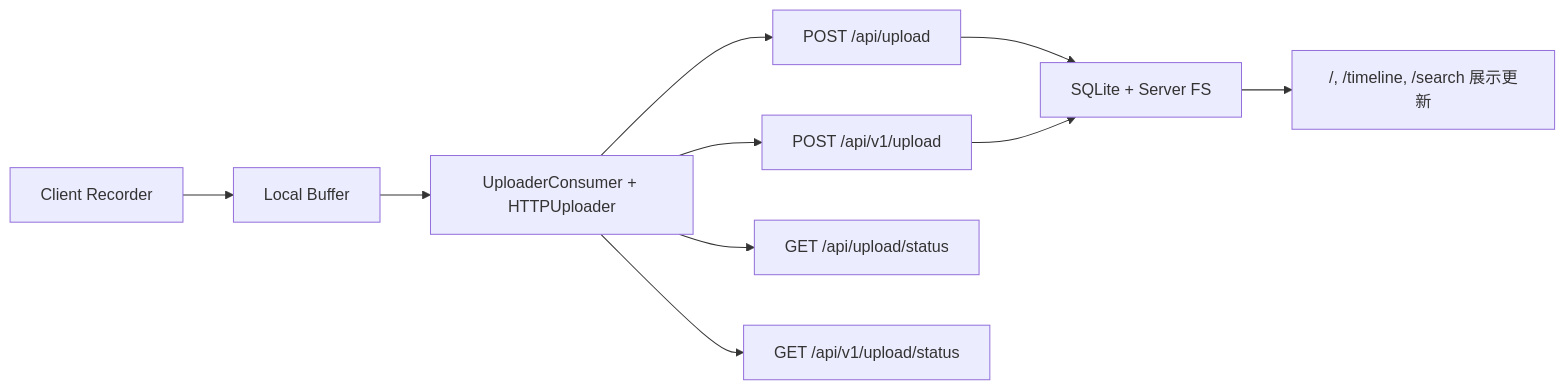
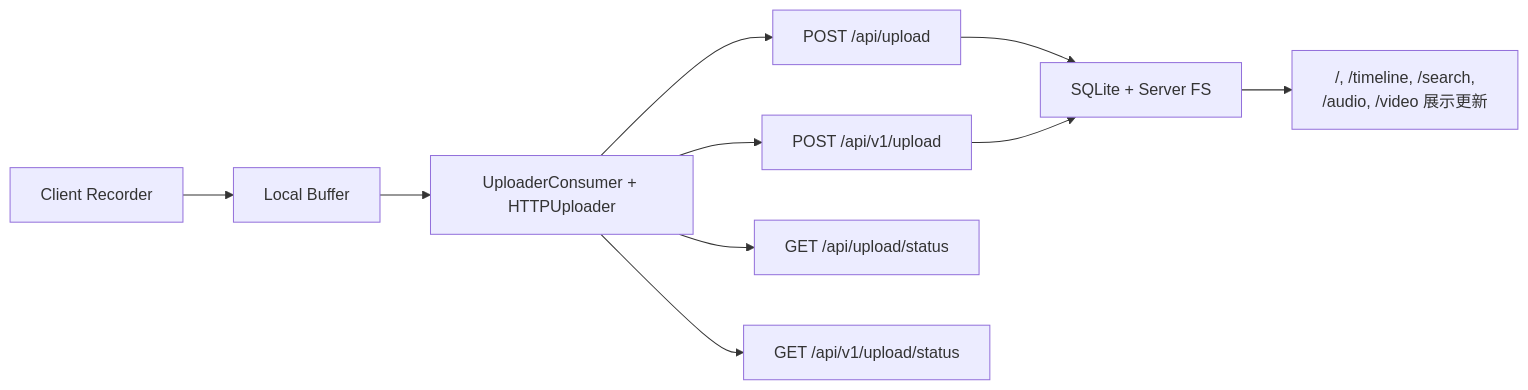
One commit to Xinm123/MyRecall changed the second of 2 diagrams in v3/webui/ROUTE_MAP.md. Above: the diagram before and after it, drawn with Mermaid. The commit also changed other lines of this file and 33 other files, not shown here.

````diff
--- a/v3/webui/ROUTE_MAP.md
+++ b/v3/webui/ROUTE_MAP.md
@@ -84,12 +116,12 @@
 ```mermaid
 flowchart LR
   C["Client Recorder"] --> B["Local Buffer"]
   B --> U["UploaderConsumer + HTTPUploader"]
   U --> L1["POST /api/upload"]
   U --> L2["POST /api/v1/upload"]
   U --> S1["GET /api/upload/status"]
   U --> S2["GET /api/v1/upload/status"]
   L1 --> DB["SQLite + Server FS"]
   L2 --> DB
-  DB --> UI["/, /timeline, /search 展示更新"]
+  DB --> UI["/, /timeline, /search,\n/audio, /video 展示更新"]
 ```
````
